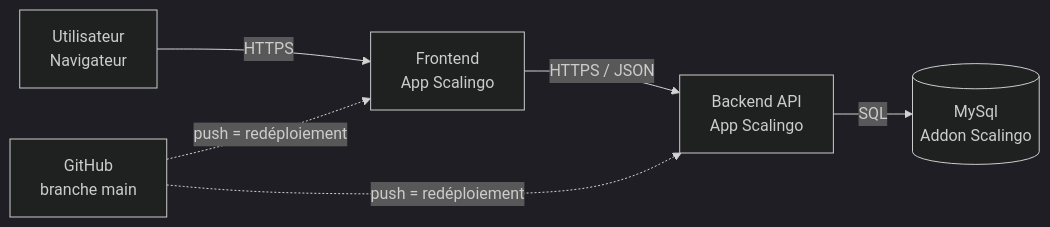
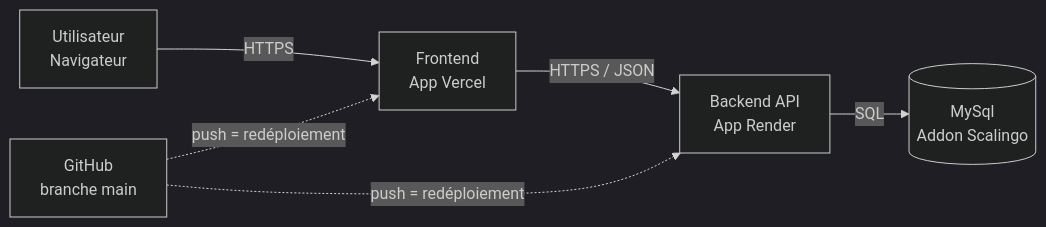
One commit to Evanfever13/Projet_Hebergement changed the diagram in README.md. Above: the diagram before and after it, drawn with Mermaid (dark theme). The commit also changed other lines of this file, not shown here.

````diff
--- a/README.md
+++ b/README.md
@@ -22,8 +22,8 @@
 ```mermaid
 flowchart LR
-    U[Utilisateur<br/>Navigateur] -->|HTTPS| F[Frontend<br/>App Scalingo]
-    F -->|HTTPS / JSON| B[Backend API<br/>App Scalingo]
+    U[Utilisateur<br/>Navigateur] -->|HTTPS| F[Frontend<br/>App Vercel]
+    F -->|HTTPS / JSON| B[Backend API<br/>App Render]
     B -->|SQL| D[(MySql<br/>Addon Scalingo)]
     G[GitHub<br/>branche main] -.->|push = redéploiement| F
     G -.->|push = redéploiement| B
 ```
````
